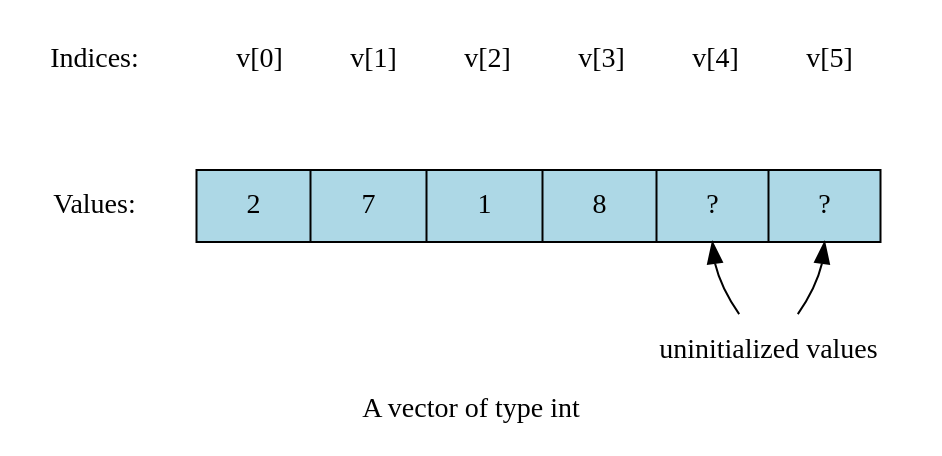
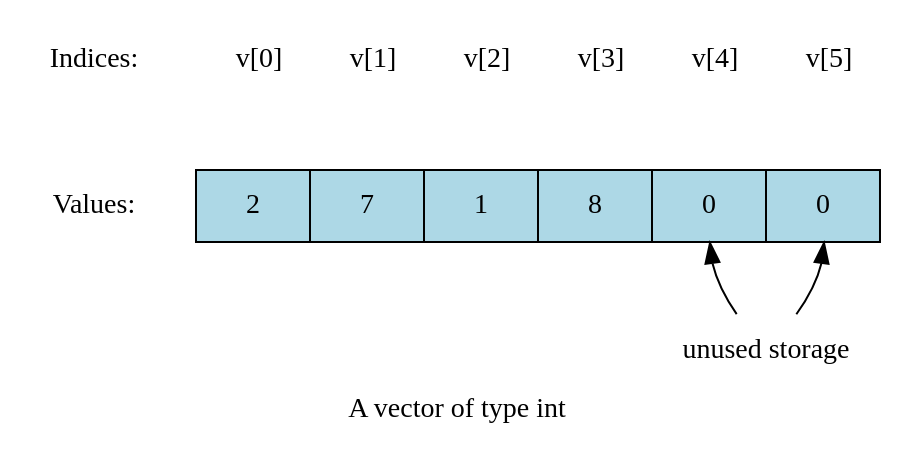
Before and after one commit to townmath/cisp400-reader: the diagram in _sources/class-IV-copy/vector.rst, drawn with Graphviz. The commit also changed other lines of this file and 12 other files, not shown here.

```diff
--- a/_sources/class-IV-copy/vector.rst
+++ b/_sources/class-IV-copy/vector.rst
@@ -47,21 +66,21 @@
-.. graphviz:: 
-   :alt: A vector of type int
+      .. graphviz:: 
+         :alt: A vector of type int
 
-   digraph {
-     graph [fontname = "Bitstream Vera Sans", 
-            labelloc=b,
-            label="A vector of type int"
-     ];
-     node [fontname = "Bitstream Vera Sans", fontsize=14, shape=plaintext];
-     "Indices:" -> "Values:" [color=white];
-     "uninitialized values";
+         digraph {
+           graph [fontname = "Bitstream Vera Sans", 
+                  labelloc=b,
+                  label="A vector of type int"
+           ];
+           node [fontname = "Bitstream Vera Sans", fontsize=14, shape=plaintext];
+           "Indices:" -> "Values:" [color=white];
+           "unused storage";
 
-     node [shape=record, width=4.75, fixedsize=true];
-     indices [label="v[0] | v[1] | v[2] | v[3]| v[4] | v[5]", color=white];
-     values [label="<f0> 2 | <f1> 7 | <f2> 1 | <f3> 8 | <f4> ? | <f5> ? ", 
-             color=black, fillcolor=lightblue, style=filled];
+           node [shape=record, width=4.75, fixedsize=true];
+           indices [label="v[0] | v[1] | v[2] | v[3]| v[4] | v[5]", color=white];
+           values [label="<f0> 2 | <f1> 7 | <f2> 1 | <f3> 8 | <f4> 0 | <f5> 0 ", 
+                   color=black, fillcolor=lightblue, style=filled];
 
-     values:f4,values:f5 -> "uninitialized values" [dir=back];
-     { rank=same; "Values:"; values }
-     { rank=same; "Indices:"; indices }
-   }
+           values:f4,values:f5 -> "unused storage" [dir=back];
+           { rank=same; "Values:"; values }
+           { rank=same; "Indices:"; indices }
+         }
```
